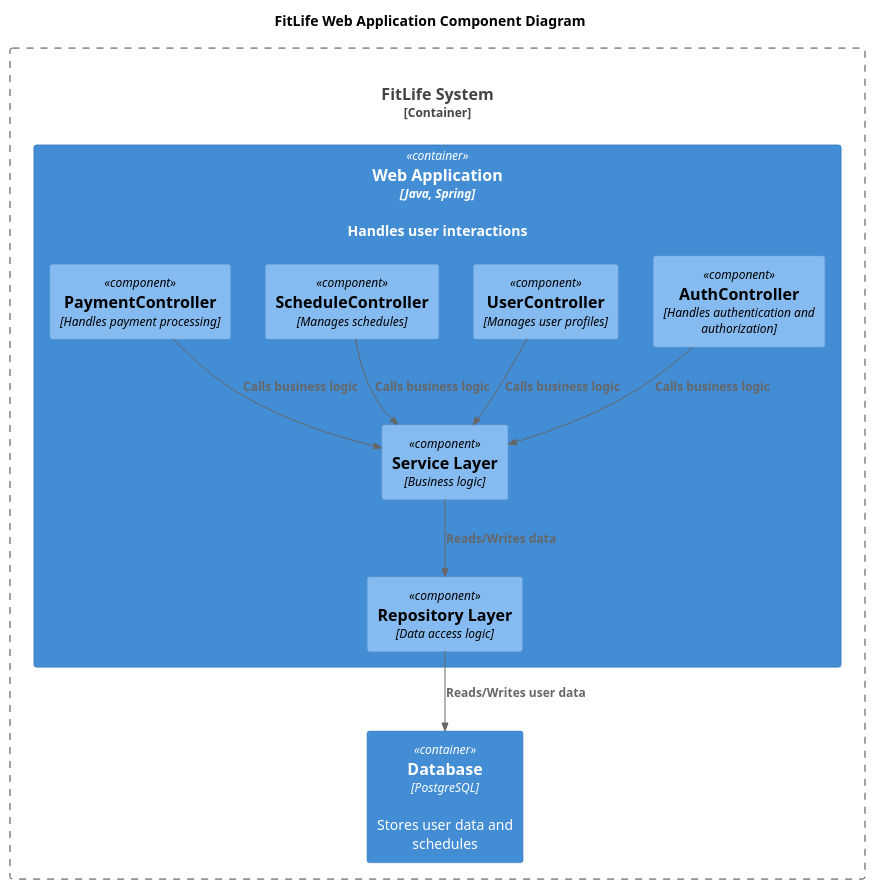
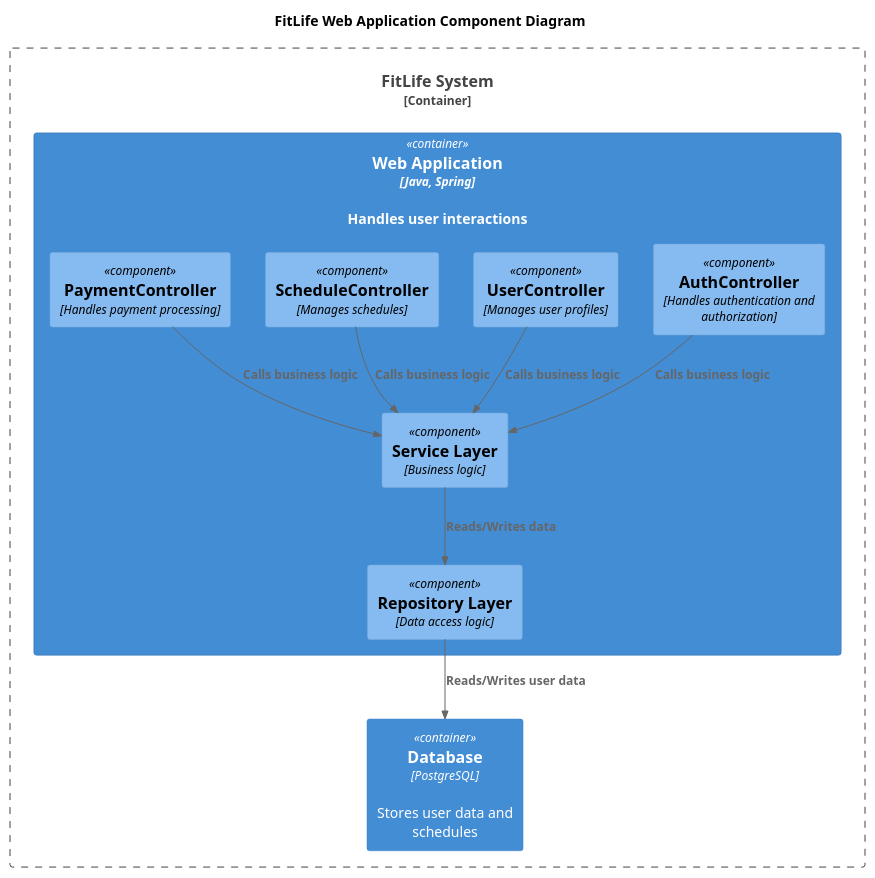
Before and after one commit to maxoness/lab-works: the diagram in sprint-3/lab1-plantuml-c4/diagrams/component/Component.puml, drawn with PlantUML. The commit also changed 1 other file, not shown here.

```diff
--- a/sprint-3/lab1-plantuml-c4/diagrams/component/Component.puml
+++ b/sprint-3/lab1-plantuml-c4/diagrams/component/Component.puml
@@ -1,31 +1,28 @@
 @startuml
 title FitLife Web Application Component Diagram
 
 top to bottom direction
 
-!include ../C4.puml
-!include ../C4_Context.puml
-!include ../C4_Container.puml
-!include ../C4_Component.puml
+!include <C4/C4_Component>
 
 Container_Boundary(FitLifeSystem, "FitLife System") {
   Container(WebApp, "Web Application", "Java, Spring", "Handles user interactions")
   Container(Database, "Database", "PostgreSQL", "Stores user data and schedules")
 }
 
 Container(WebApp, "Web Application", "Java, Spring") {
   Component(AuthController, "AuthController", "Handles authentication and authorization")
   Component(UserController, "UserController", "Manages user profiles")
   Component(ScheduleController, "ScheduleController", "Manages schedules")
   Component(PaymentController, "PaymentController", "Handles payment processing")
   Component(ServiceLayer, "Service Layer", "Business logic")
   Component(RepositoryLayer, "Repository Layer", "Data access logic")
 }
 
 Rel(AuthController,ServiceLayer,"Calls business logic")
 Rel(UserController,ServiceLayer,"Calls business logic")
 Rel(ScheduleController,ServiceLayer,"Calls business logic")
 Rel(PaymentController,ServiceLayer,"Calls business logic")
 Rel(ServiceLayer,RepositoryLayer,"Reads/Writes data")
 Rel(RepositoryLayer,Database,"Reads/Writes user data")
 @enduml
```
